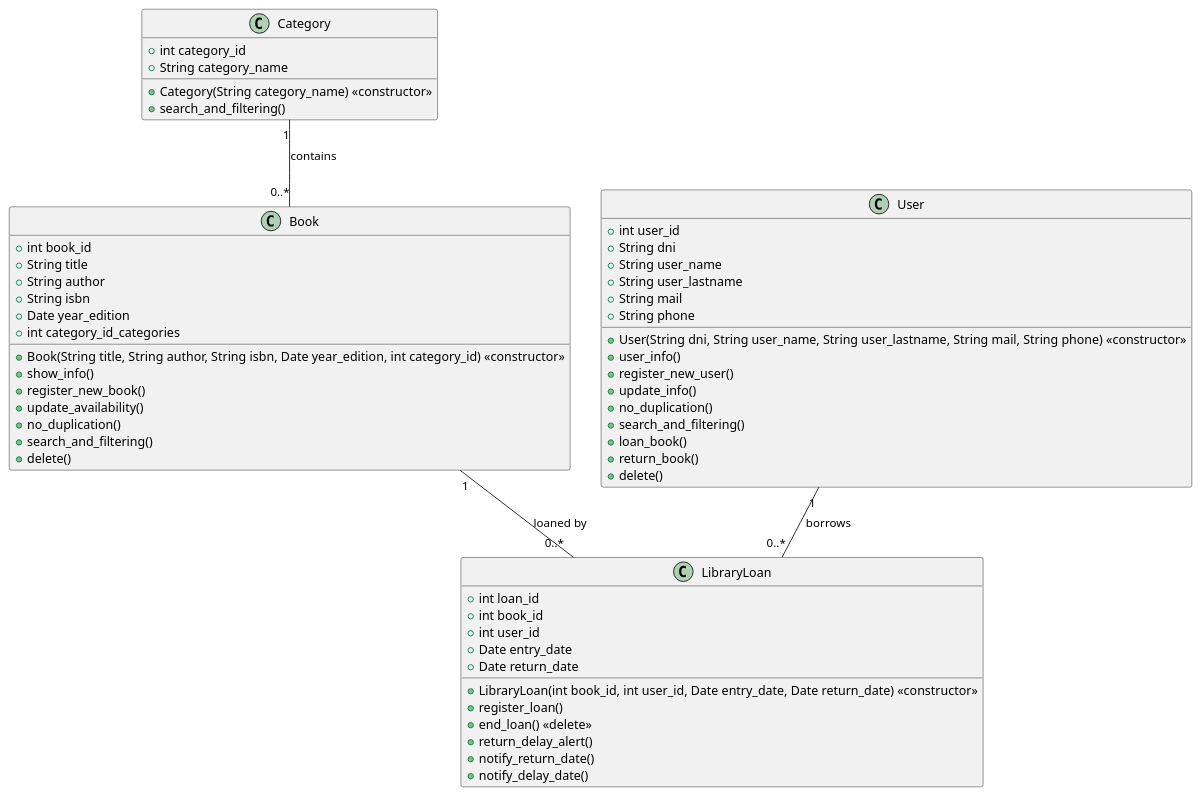
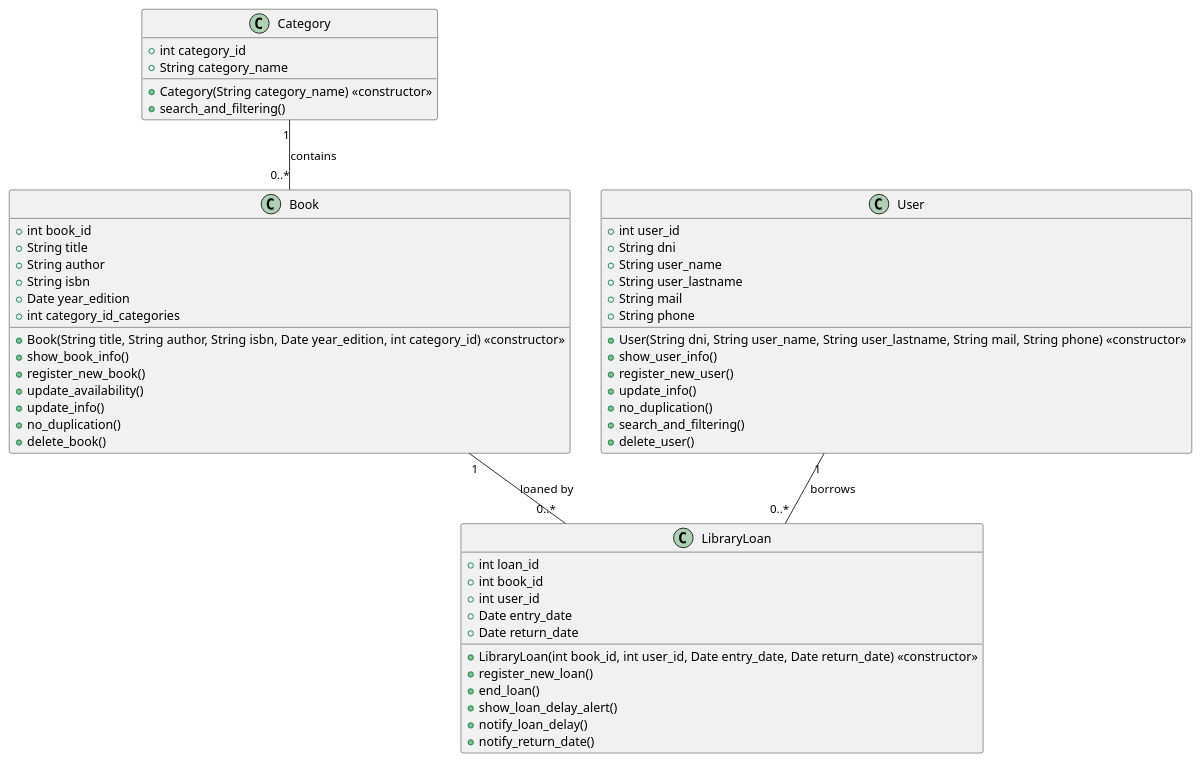
Before and after one commit to helopgom/LibraryManager: the diagram in diagram.puml, drawn with PlantUML.

Commit message:
modify and improve diagramÂ's functions

```diff
--- a/diagram.puml
+++ b/diagram.puml
@@ -1,60 +1,58 @@
 @startuml
 class Category {
     +int category_id
     +String category_name
     +Category(String category_name) <<constructor>>
     +search_and_filtering()
 }
 
 class Book {
     +int book_id
     +String title
     +String author
     +String isbn
     +Date year_edition
     +int category_id_categories
     +Book(String title, String author, String isbn, Date year_edition, int category_id) <<constructor>>
-    +show_info()
+    +show_book_info()
     +register_new_book()
     +update_availability()
+    +update_info()
     +no_duplication()
-    +search_and_filtering()
-    +delete()
+    +delete_book()
 }
 
 class User {
     +int user_id
     +String dni
     +String user_name
     +String user_lastname
     +String mail
     +String phone
     +User(String dni, String user_name, String user_lastname, String mail, String phone) <<constructor>>
-    +user_info()
+    +show_user_info()
     +register_new_user()
     +update_info()
     +no_duplication()
     +search_and_filtering()
-    +loan_book()
-    +return_book()
-    +delete()
+    +delete_user()
 }
 
 class LibraryLoan {
     +int loan_id
     +int book_id
     +int user_id
     +Date entry_date
     +Date return_date
     +LibraryLoan(int book_id, int user_id, Date entry_date, Date return_date) <<constructor>>
-    +register_loan()
-    +end_loan() <<delete>>
-    +return_delay_alert()
+    +register_new_loan()
+    +end_loan()
+    +show_loan_delay_alert()
+    +notify_loan_delay()
     +notify_return_date()
-    +notify_delay_date()
 }
 
 Category "1" -- "0..*" Book : contains
 Book "1" -- "0..*" LibraryLoan : loaned by
 User "1" -- "0..*" LibraryLoan : borrows
 @enduml
```
